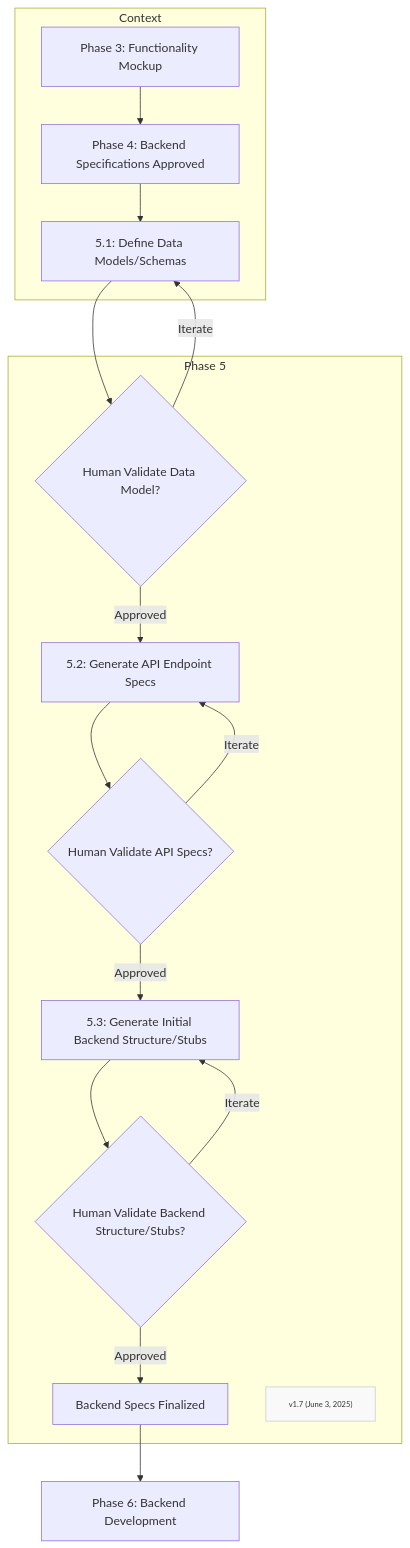
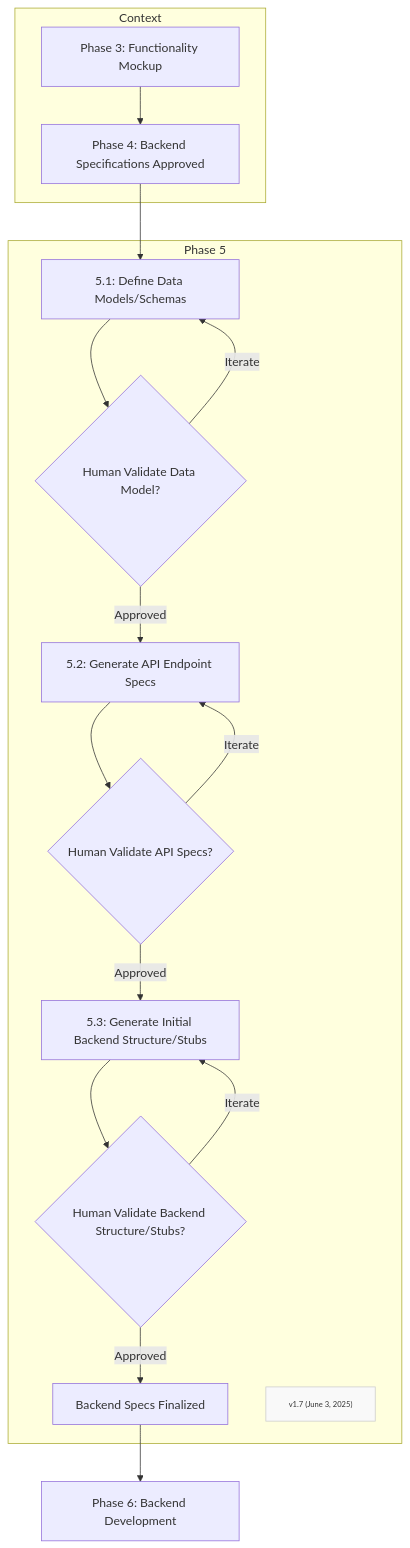
Before and after one commit to Mharbulous/Front-First-Method: the diagram in Phases/FF-phase5.md, drawn with Mermaid.

````diff
--- a/Phases/FF-phase5.md
+++ b/Phases/FF-phase5.md
@@ -1,28 +1,29 @@
 ```mermaid
 graph TD
 
     subgraph Context["Context"]
         Phase3["Phase 3: Functionality Mockup"] --> Phase4["Phase 4: Backend Specifications Approved"]
-        Phase4["Phase 4: Backend Specifications Approved"] --> Phase5_1
+        
     end
 
     subgraph Phase5["Phase 5"]
+        Phase4["Phase 4: Backend Specifications Approved"] --> Phase5_1        
         Phase5_1["5.1: Define Data Models/Schemas"]    
         Phase5_1 --> Phase5_1_Val{"Human Validate Data Model?"}
         Phase5_1_Val -->|Iterate| Phase5_1
         Phase5_1_Val -->|Approved| Phase5_2["5.2: Generate API Endpoint Specs"]
         Phase5_2 --> Phase5_2_Val{"Human Validate API Specs?"}
         Phase5_2_Val -->|Iterate| Phase5_2
         Phase5_2_Val -->|Approved| Phase5_3["5.3: Generate Initial Backend Structure/Stubs"]
         Phase5_3 --> Phase5_3_Val{"Human Validate Backend Structure/Stubs?"}
         Phase5_3_Val -->|Iterate| Phase5_3
         Phase5_3_Val -->|Approved| BackendSpecsFinalized["Backend Specs Finalized"]
         Version["v1.7 (June 3, 2025)"]
         classDef version fill:#f9f9f9,stroke:#ccc,font-size:10px
         class Version version
     end
  
 
 
 BackendSpecsFinalized --> Phase6["Phase 6: Backend Development"]
 ```
````
